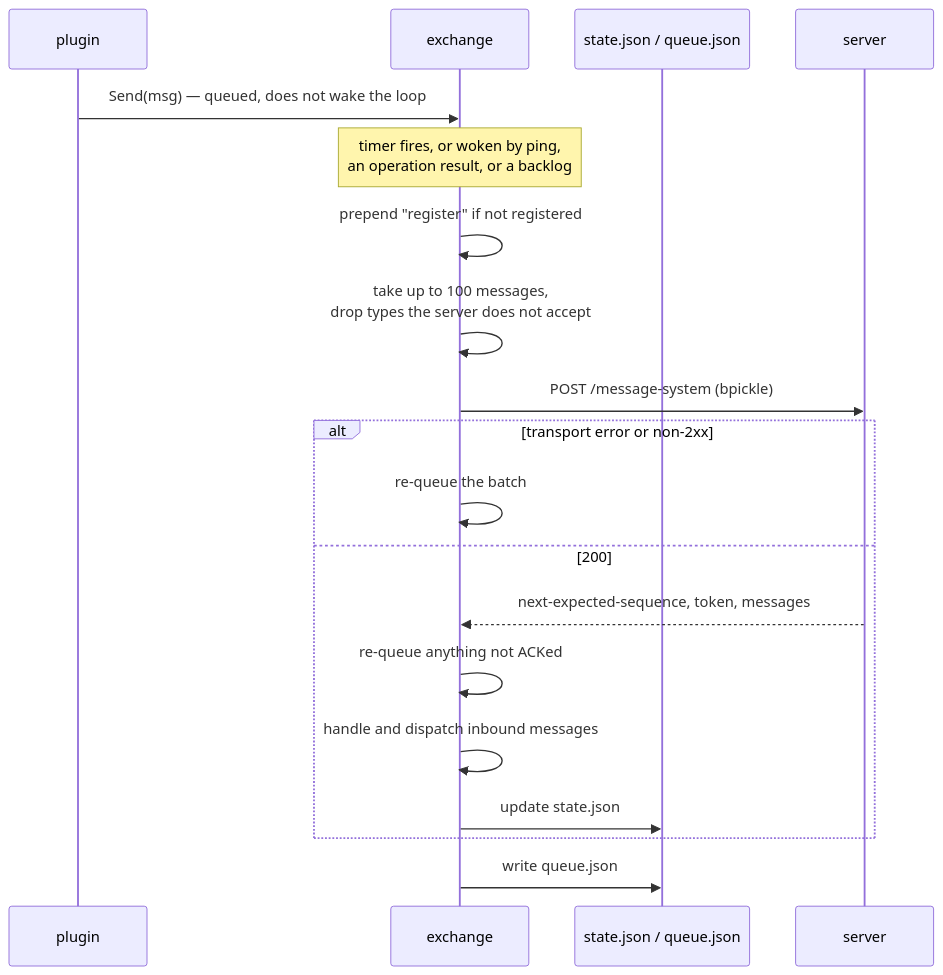
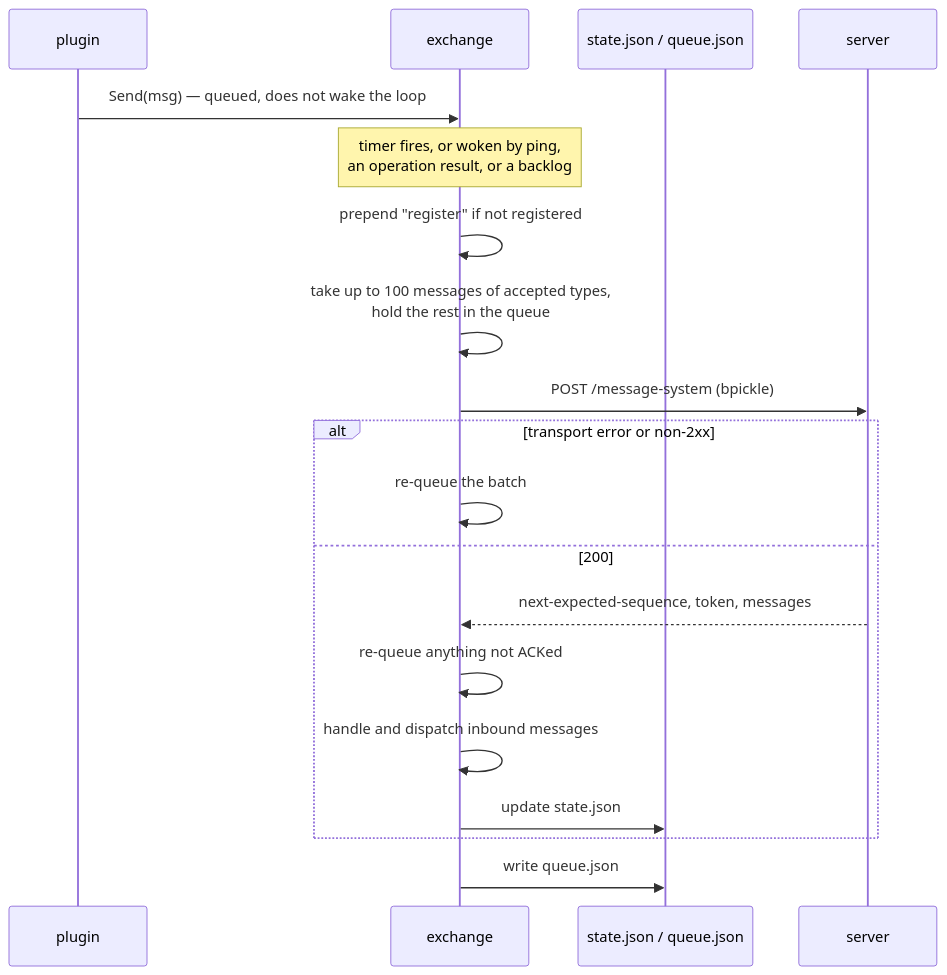
One commit to mcw-work/landscape-client-core changed the fourth of 7 diagrams in docs/architecture.md. Above: the diagram before and after it, drawn with Mermaid. The commit also changed 3 other files, not shown here.

First line of the commit message:
exchange: hold messages of unaccepted types instead of dropping them

````diff
--- a/docs/architecture.md
+++ b/docs/architecture.md
@@ -127,22 +127,22 @@
 ```mermaid
 sequenceDiagram
     participant P as plugin
     participant Ex as exchange
     participant Disk as state.json / queue.json
     participant S as server
 
     P->>Ex: Send(msg) — queued, does not wake the loop
     Note over Ex: timer fires, or woken by ping,<br/>an operation result, or a backlog
     Ex->>Ex: prepend "register" if not registered
-    Ex->>Ex: take up to 100 messages,<br/>drop types the server does not accept
+    Ex->>Ex: take up to 100 messages of accepted types,<br/>hold the rest in the queue
     Ex->>S: POST /message-system (bpickle)
     alt transport error or non-2xx
         Ex->>Ex: re-queue the batch
     else 200
         S-->>Ex: next-expected-sequence, token, messages
         Ex->>Ex: re-queue anything not ACKed
         Ex->>Ex: handle and dispatch inbound messages
         Ex->>Disk: update state.json
     end
     Ex->>Disk: write queue.json
 ```
````
